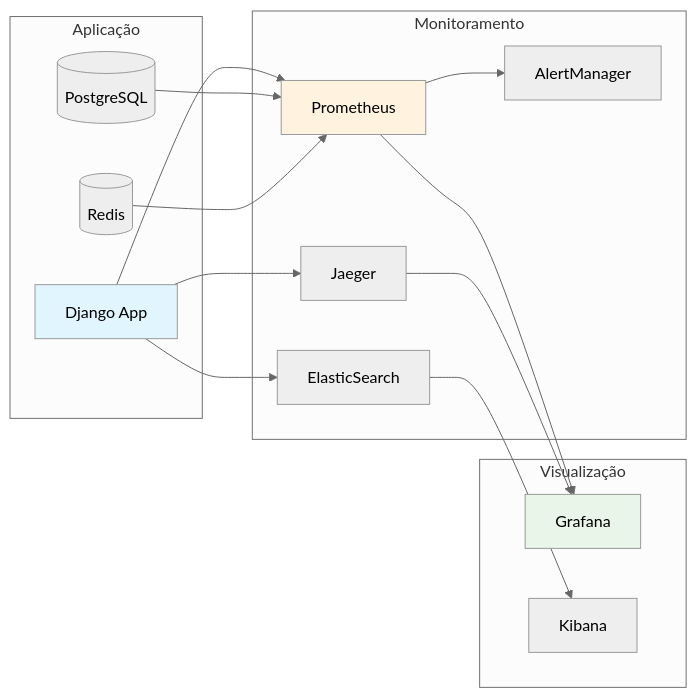
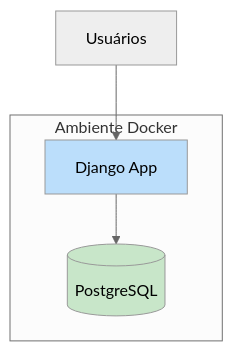
The eighth of 8 diagrams in docs/architecture-diagrams.md (vinicius00franco/doc-es3-gestao-empresas-financeiro), drawn with Mermaid (neutral theme) before and after one commit. The commit also changed other lines of this file and 3 other files, not shown here.

First line of the commit message:
Refactor frontend documentation and improve architecture overview

````diff
--- a/docs/architecture-diagrams.md
+++ b/docs/architecture-diagrams.md
@@ -319,35 +239,13 @@
 ```mermaid
-graph LR
-    subgraph "Aplicação"
+graph TB
+    subgraph "Ambiente Docker"
         APP[Django App]
         DB[(PostgreSQL)]
-        CACHE[(Redis)]
     end
 
-    subgraph "Monitoramento"
-        METRICS[Prometheus]
-        LOGS[ElasticSearch]
-        TRACES[Jaeger]
-        ALERTS[AlertManager]
-    end
+    USERS[Usuários] --> APP
+    APP --> DB
 
-    subgraph "Visualização"
-        GRAFANA[Grafana]
-        KIBANA[Kibana]
-    end
-
-    APP --> METRICS
-    APP --> LOGS
-    APP --> TRACES
-    DB --> METRICS
-    CACHE --> METRICS
-    
-    METRICS --> GRAFANA
-    METRICS --> ALERTS
-    LOGS --> KIBANA
-    TRACES --> GRAFANA
-
-    style APP fill:#e1f5fe
-    style METRICS fill:#fff3e0
-    style GRAFANA fill:#e8f5e8
+    style APP fill:#bbdefb
+    style DB fill:#c8e6c9
 ```
````
